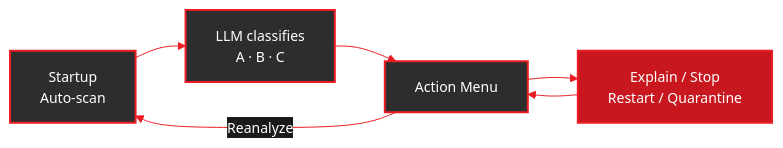
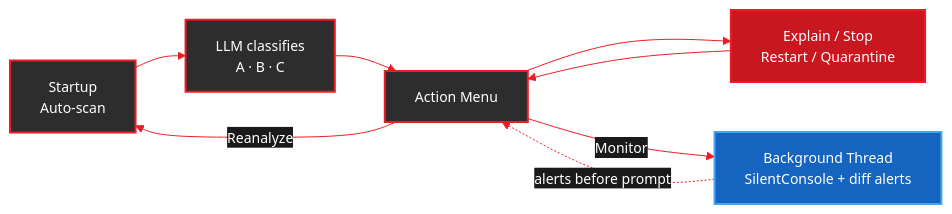
One commit to amd/gaia changed the first of 2 diagrams in docs/guides/cpp/process-agent.mdx. Above: the diagram before and after it, drawn with Mermaid. The commit also changed other lines of this file and 4 other files, not shown here.

````diff
--- a/docs/guides/cpp/process-agent.mdx
+++ b/docs/guides/cpp/process-agent.mdx
@@ -111,14 +114,17 @@
 ```mermaid
 %%{init: {'theme':'base', 'themeVariables': { 'primaryColor':'#ED1C24', 'fontSize':'14px', 'lineColor':'#ED1C24', 'primaryTextColor':'#fff', 'edgeLabelBackground':'#1a1a1a'}, 'flowchart': {'curve': 'basis'}}}%%
 flowchart LR
     START["Startup\nAuto-scan"] --> CLASS["LLM classifies\nA · B · C"]
     CLASS --> MENU["Action Menu"]
     MENU --> ACT["Explain / Stop\nRestart / Quarantine"]
     ACT --> MENU
     MENU -->|"Reanalyze"| START
+    MENU -->|"Monitor"| MON["Background Thread\nSilentConsole + diff alerts"]
+    MON -.->|"alerts before prompt"| MENU
 
     style START fill:#2d2d2d,stroke:#ED1C24,stroke-width:2px,color:#fff
     style CLASS fill:#2d2d2d,stroke:#ED1C24,stroke-width:2px,color:#fff
     style MENU fill:#2d2d2d,stroke:#ED1C24,stroke-width:2px,color:#fff
     style ACT fill:#C8171E,stroke:#ED1C24,stroke-width:2px,color:#fff
+    style MON fill:#1565C0,stroke:#42A5F5,stroke-width:2px,color:#fff
 ```
````
